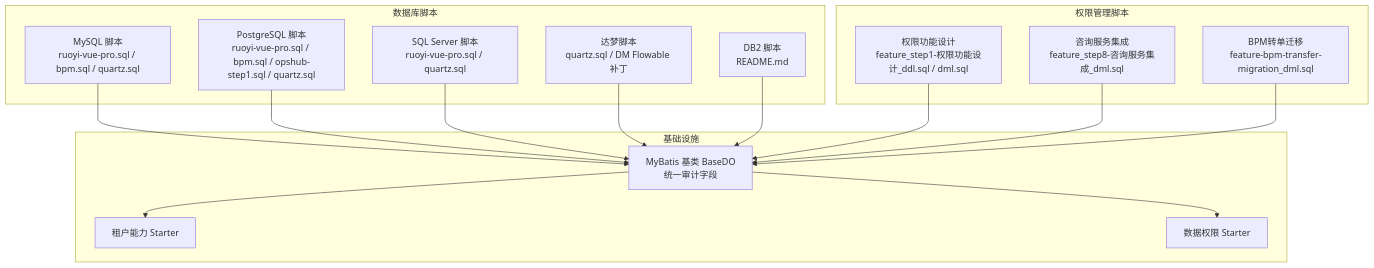
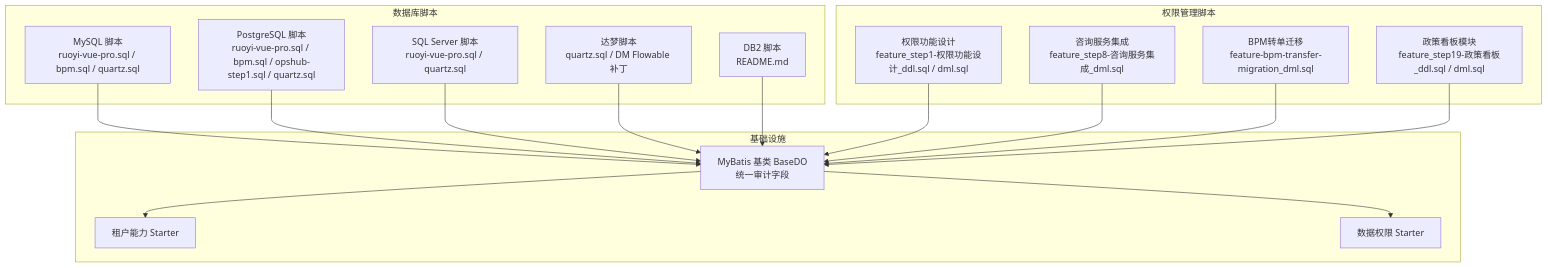
Before and after one commit to xiaoche80s-tech/rouyi-vue-pro: the first of 11 diagrams in .qoder/repowiki/zh/content/数据库设计/数据库设计.md, drawn with Mermaid. The commit also changed other lines of this file and 900 other files, not shown here.

````diff
--- a/.qoder/repowiki/zh/content/数据库设计/数据库设计.md
+++ b/.qoder/repowiki/zh/content/数据库设计/数据库设计.md
@@ -98,30 +129,32 @@
 ```mermaid
 graph TB
 subgraph "数据库脚本"
 M["MySQL 脚本<br/>ruoyi-vue-pro.sql / bpm.sql / quartz.sql"]
 P["PostgreSQL 脚本<br/>ruoyi-vue-pro.sql / bpm.sql / opshub-step1.sql / quartz.sql"]
 S["SQL Server 脚本<br/>ruoyi-vue-pro.sql / quartz.sql"]
 D["达梦脚本<br/>quartz.sql / DM Flowable 补丁"]
 DB2["DB2 脚本<br/>README.md"]
 end
 subgraph "权限管理脚本"
 F1["权限功能设计<br/>feature_step1-权限功能设计_ddl.sql / dml.sql"]
 F2["咨询服务集成<br/>feature_step8-咨询服务集成_dml.sql"]
 F3["BPM转单迁移<br/>feature-bpm-transfer-migration_dml.sql"]
+F4["政策看板模块<br/>feature_step19-政策看板_ddl.sql / dml.sql"]
 end
 subgraph "基础设施"
 F["MyBatis 基类 BaseDO<br/>统一审计字段"]
 T["租户能力 Starter"]
 DP["数据权限 Starter"]
 end
 M --> F
 P --> F
 S --> F
 D --> F
 DB2 --> F
 F1 --> F
 F2 --> F
 F3 --> F
+F4 --> F
 F --> T
 F --> DP
 ```
````
